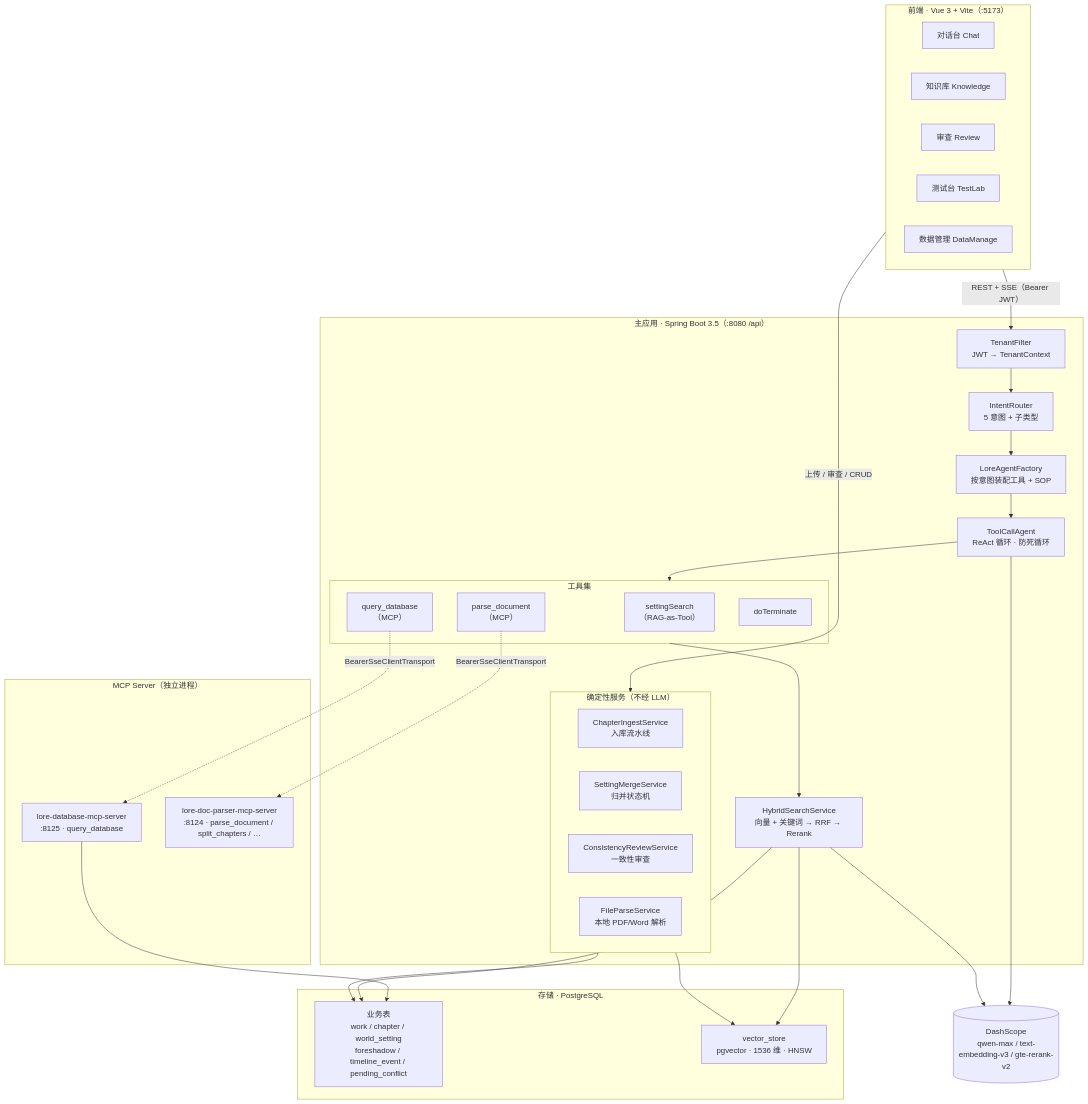
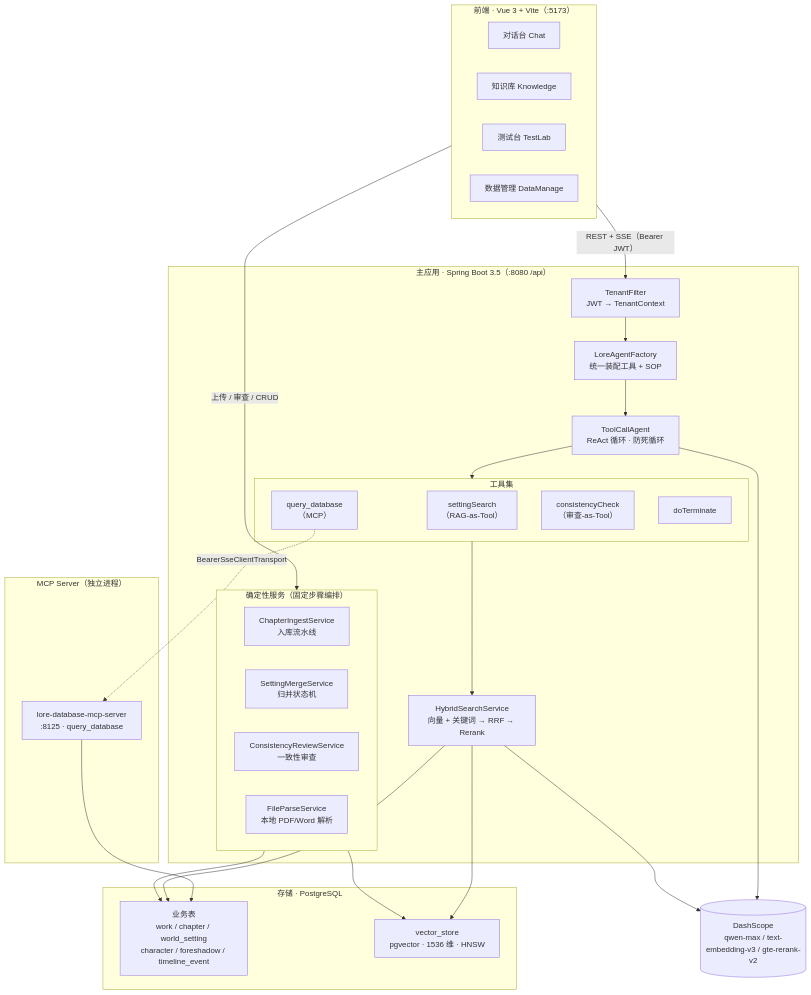
Before and after one commit to B9lair/LoreKeeper: the first of 6 diagrams in README.md, drawn with Mermaid. The commit also changed other lines of this file and 77 other files, not shown here.

Commit message:
检查 agent tool 模式

````diff
--- a/README.md
+++ b/README.md
@@ -53,57 +53,53 @@
 ```mermaid
 flowchart TB
     subgraph FE["前端 · Vue 3 + Vite（:5173）"]
         C["对话台 Chat"]
         K["知识库 Knowledge"]
-        R["审查 Review"]
         T["测试台 TestLab"]
         D["数据管理 DataManage"]
     end
 
     subgraph BE["主应用 · Spring Boot 3.5（:8080 /api）"]
         JWT["TenantFilter<br/>JWT → TenantContext"]
-        IR["IntentRouter<br/>5 意图 + 子类型"]
-        AF["LoreAgentFactory<br/>按意图装配工具 + SOP"]
+        AF["LoreAgentFactory<br/>统一装配工具 + SOP"]
         AG["ToolCallAgent<br/>ReAct 循环 · 防死循环"]
         subgraph TOOLS["工具集"]
             SST["settingSearch<br/>（RAG-as-Tool）"]
             QDB["query_database<br/>（MCP）"]
-            PD["parse_document<br/>（MCP）"]
+            CC["consistencyCheck<br/>（审查-as-Tool）"]
             TM["doTerminate"]
         end
-        subgraph SVC["确定性服务（不经 LLM）"]
+        subgraph SVC["确定性服务（固定步骤编排）"]
             ING["ChapterIngestService<br/>入库流水线"]
             MERGE["SettingMergeService<br/>归并状态机"]
             REV["ConsistencyReviewService<br/>一致性审查"]
             FPS["FileParseService<br/>本地 PDF/Word 解析"]
         end
         HS["HybridSearchService<br/>向量 + 关键词 → RRF → Rerank"]
     end
 
     subgraph MCP["MCP Server（独立进程）"]
         DB["lore-database-mcp-server<br/>:8125 · query_database"]
-        DP["lore-doc-parser-mcp-server<br/>:8124 · parse_document / split_chapters / …"]
     end
 
     subgraph STORE["存储 · PostgreSQL"]
-        REL["业务表<br/>work / chapter / world_setting<br/>foreshadow / timeline_event / pending_conflict"]
+        REL["业务表<br/>work / chapter / world_setting<br/>character / foreshadow / timeline_event"]
         VEC["vector_store<br/>pgvector · 1536 维 · HNSW"]
     end
 
     EXT[("DashScope<br/>qwen-max / text-embedding-v3 / gte-rerank-v2")]
 
     FE -->|"REST + SSE（Bearer JWT）"| JWT
-    JWT --> IR --> AF --> AG
+    JWT --> AF --> AG
     AG --> TOOLS
     TOOLS --> HS
     QDB -.->|"BearerSseClientTransport"| DB
-    PD -.->|"BearerSseClientTransport"| DP
     DB --> REL
     HS --> VEC
     HS --> REL
     AG --> EXT
     FE -->|"上传 / 审查 / CRUD"| SVC
     SVC --> REL
     SVC --> VEC
     HS --> EXT
 ```
````
